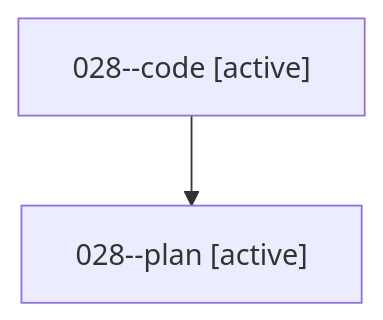
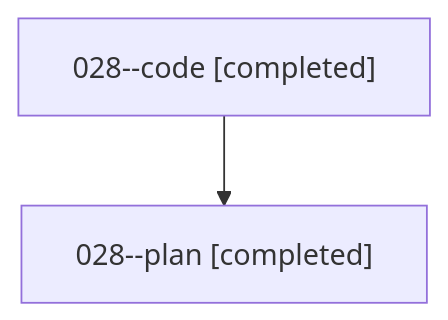
Before and after one commit to bobs-org/bob-cli--agents: the diagram in families/bbugyi200.athena.028.md, drawn with Mermaid. The commit also changed other lines of this file and 51 other files, not shown here.

````diff
--- a/families/bbugyi200.athena.028.md
+++ b/families/bbugyi200.athena.028.md
@@ -9,6 +9,6 @@
 ```mermaid
 flowchart TD
-  n0["028--code [active]"]
-  n1["028--plan [active]"]
+  n0["028--code [completed]"]
+  n1["028--plan [completed]"]
   n0 --> n1
 ```
````
